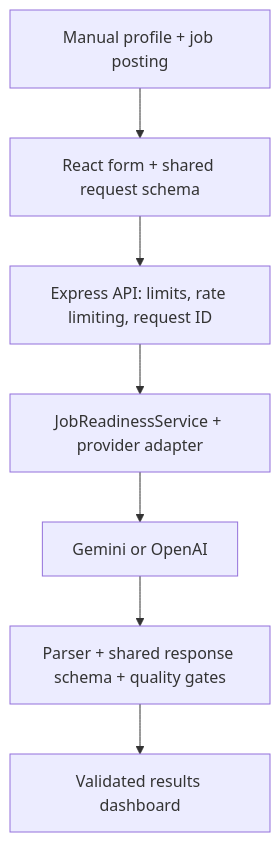
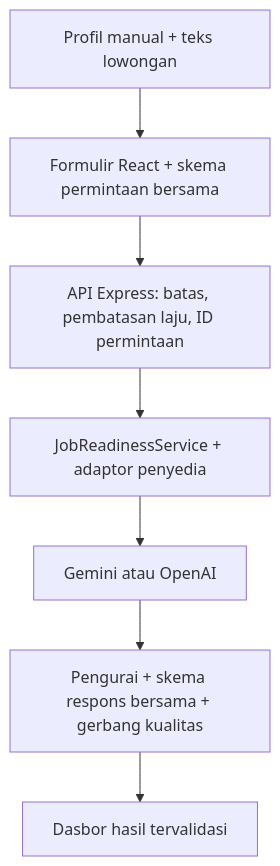
Before and after one commit to sulujulianto/lokerlens-ai: the diagram in README.md, drawn with Mermaid. The commit also changed other lines of this file and 11 other files, not shown here.

````diff
--- a/README.md
+++ b/README.md
@@ -54,9 +84,9 @@
 ```mermaid
 flowchart TD
-    A["Manual profile + job posting"] --> B["React form + shared request schema"]
-    B --> C["Express API: limits, rate limiting, request ID"]
-    C --> D["JobReadinessService + provider adapter"]
-    D --> E["Gemini or OpenAI"]
-    E --> F["Parser + shared response schema + quality gates"]
-    F --> G["Validated results dashboard"]
+    A["Profil manual + teks lowongan"] --> B["Formulir React + skema permintaan bersama"]
+    B --> C["API Express: batas, pembatasan laju, ID permintaan"]
+    C --> D["JobReadinessService + adaptor penyedia"]
+    D --> E["Gemini atau OpenAI"]
+    E --> F["Pengurai + skema respons bersama + gerbang kualitas"]
+    F --> G["Dasbor hasil tervalidasi"]
 ```
````
